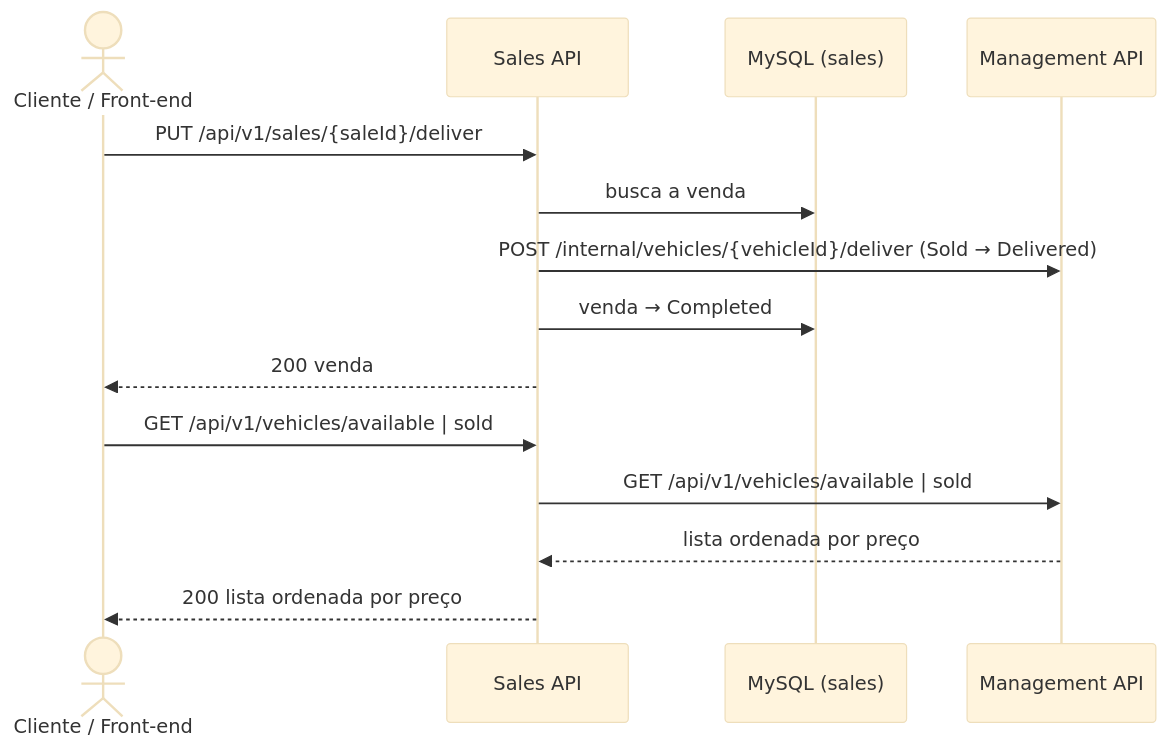
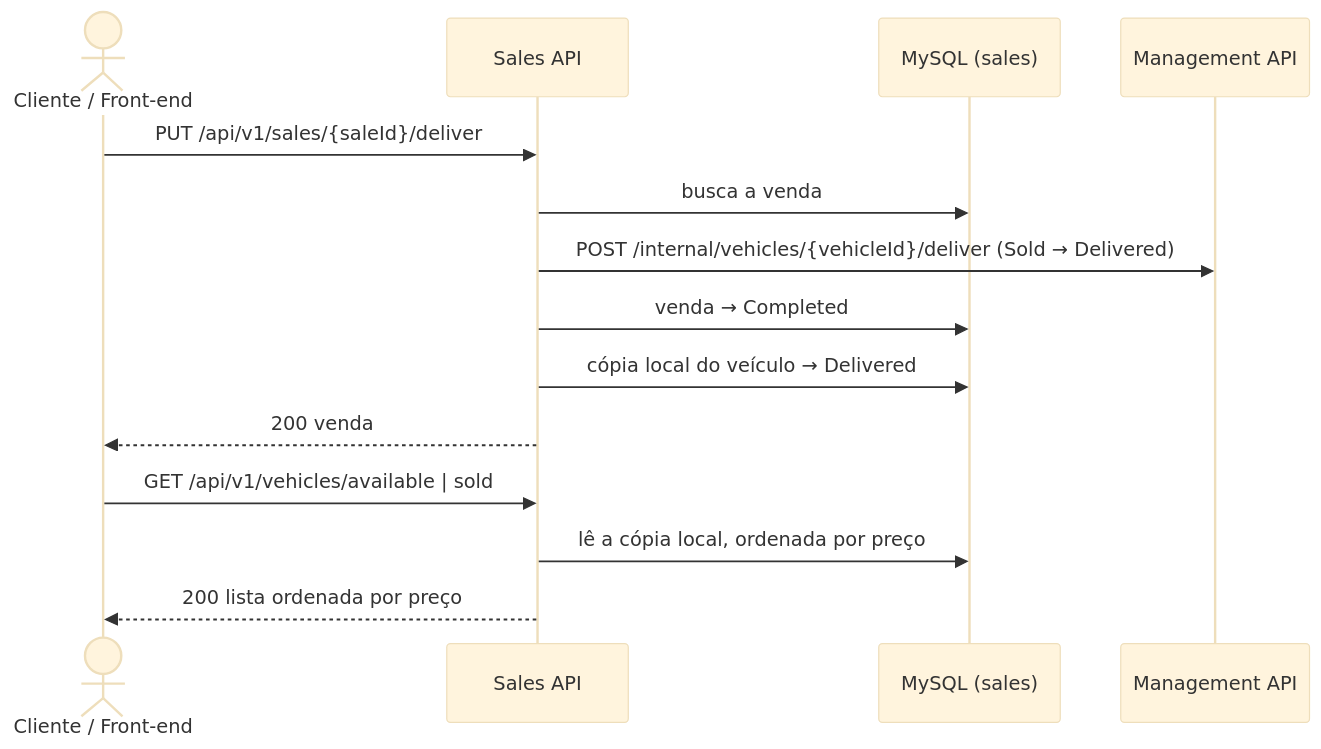
One commit to igortessaro/soat-vehicle-sales changed the fourth of 7 diagrams in README.md. Above: the diagram before and after it, drawn with Mermaid (base theme). The commit also changed other lines of this file and 7 other files, not shown here.

````diff
--- a/README.md
+++ b/README.md
@@ -155,18 +155,18 @@
 ```mermaid
 sequenceDiagram
     actor Client as Cliente / Front-end
     participant Sales as Sales API
     participant SalesDb as MySQL (sales)
     participant Mgmt as Management API
 
     Client->>Sales: PUT /api/v1/sales/{saleId}/deliver
     Sales->>SalesDb: busca a venda
     Sales->>Mgmt: POST /internal/vehicles/{vehicleId}/deliver (Sold → Delivered)
     Sales->>SalesDb: venda → Completed
+    Sales->>SalesDb: cópia local do veículo → Delivered
     Sales-->>Client: 200 venda
 
     Client->>Sales: GET /api/v1/vehicles/available | sold
-    Sales->>Mgmt: GET /api/v1/vehicles/available | sold
-    Mgmt-->>Sales: lista ordenada por preço
+    Sales->>SalesDb: lê a cópia local, ordenada por preço
     Sales-->>Client: 200 lista ordenada por preço
 ```
````
